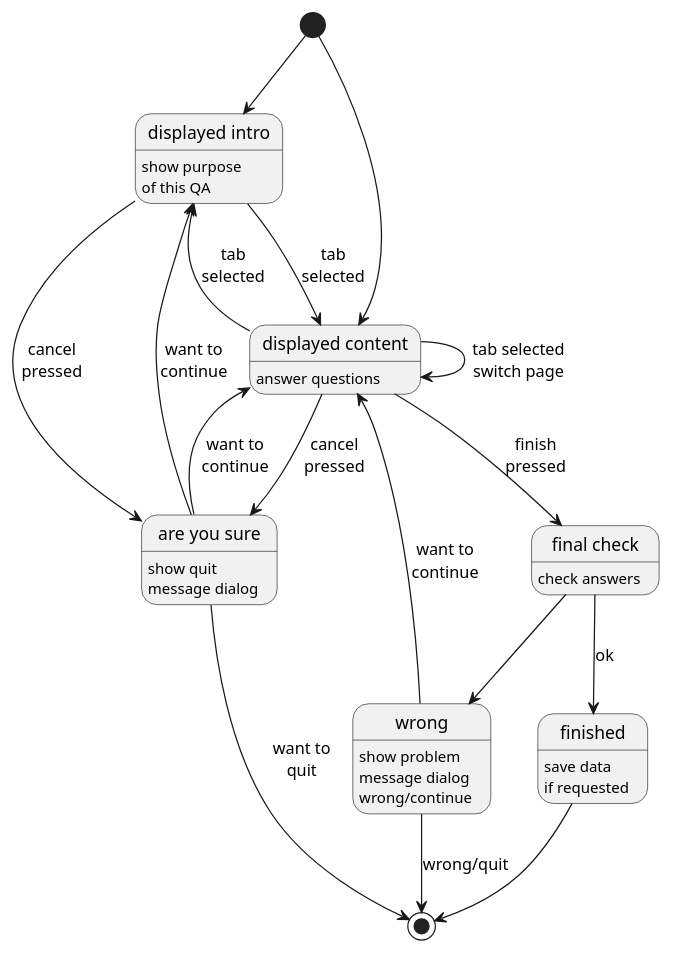
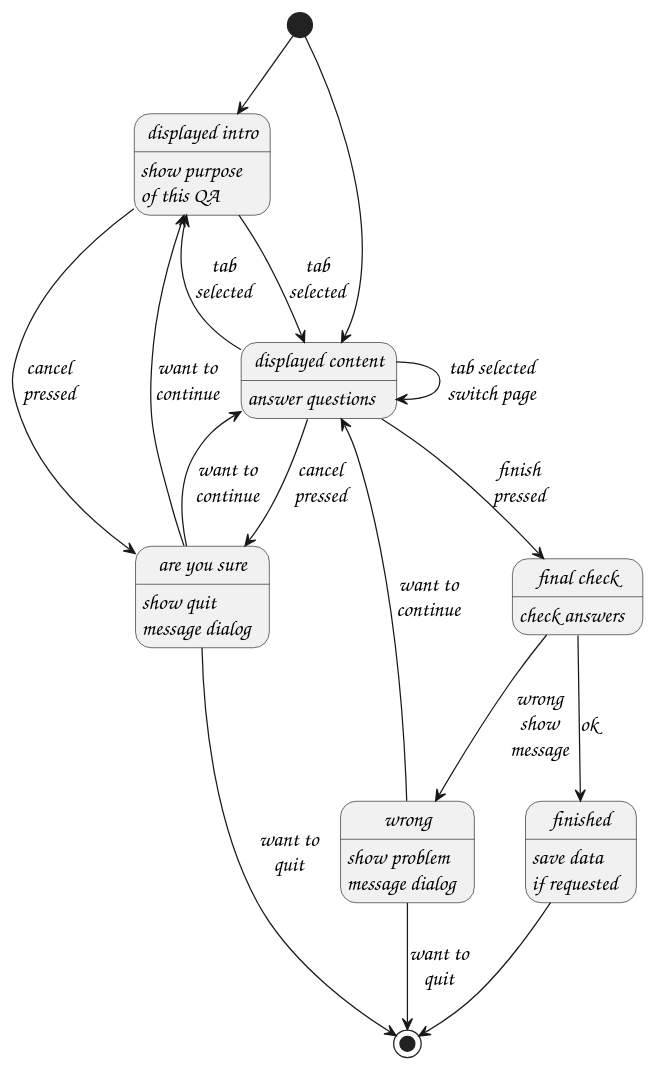
One commit to MARTIMM/question-answer changed the third of 3 diagrams in doc/design.md. Above: the diagram before and after it, drawn with PlantUML. The commit also changed other lines of this file, not shown here.

Commit message:
nice diagrams

````diff
--- a/doc/design.md
+++ b/doc/design.md
@@ -220,47 +236,51 @@
 ```plantuml
 @startuml
 hide empty description
+
+skinparam DefaultFontSize 17
+skinparam DefaultFontName "z003"
+skinparam StateStartColor #a0a0a0
+skinparam StateEndColor #a0a0a0
 
 state "displayed intro" as dpi: show purpose\nof this QA
 state "displayed content" as dpc: answer questions
 state "final check" as fc: check answers
 state "wrong" as w: show problem\nmessage dialog
 state "are you sure" as c: show quit\nmessage dialog
 
 [*] --> dpi
 [*] --> dpc
 dpi --> dpc: tab\nselected
 dpc --> dpi: tab\nselected
 dpc --> dpc: tab selected\nswitch page
 
 dpc --> fc: finish\npressed
-fc --> w
+fc --> w: wrong\nshow\nmessage
 w --> dpc: want to\ncontinue
-w: wrong/continue
-w --> [*]: wrong/quit
+w --> [*]: want to\nquit
 fc --> finished: ok
 
 dpi --> c: cancel\npressed
 dpc --> c: cancel\npressed
 c --> dpc: want to\ncontinue
 c --> dpi: want to\ncontinue
 c --> [*]: want to\nquit
 finished --> [*]
 finished: save data\nif requested
 
 
 
 
 
 
 
 'dpc --> canceled: cancel\npressed
 'dpc --> finished: finish\npressed
 
 'canceled --> [*]
 'finished --> [*]
 'finished: save data\nif requested
 
 
 @enduml
 ```
````
